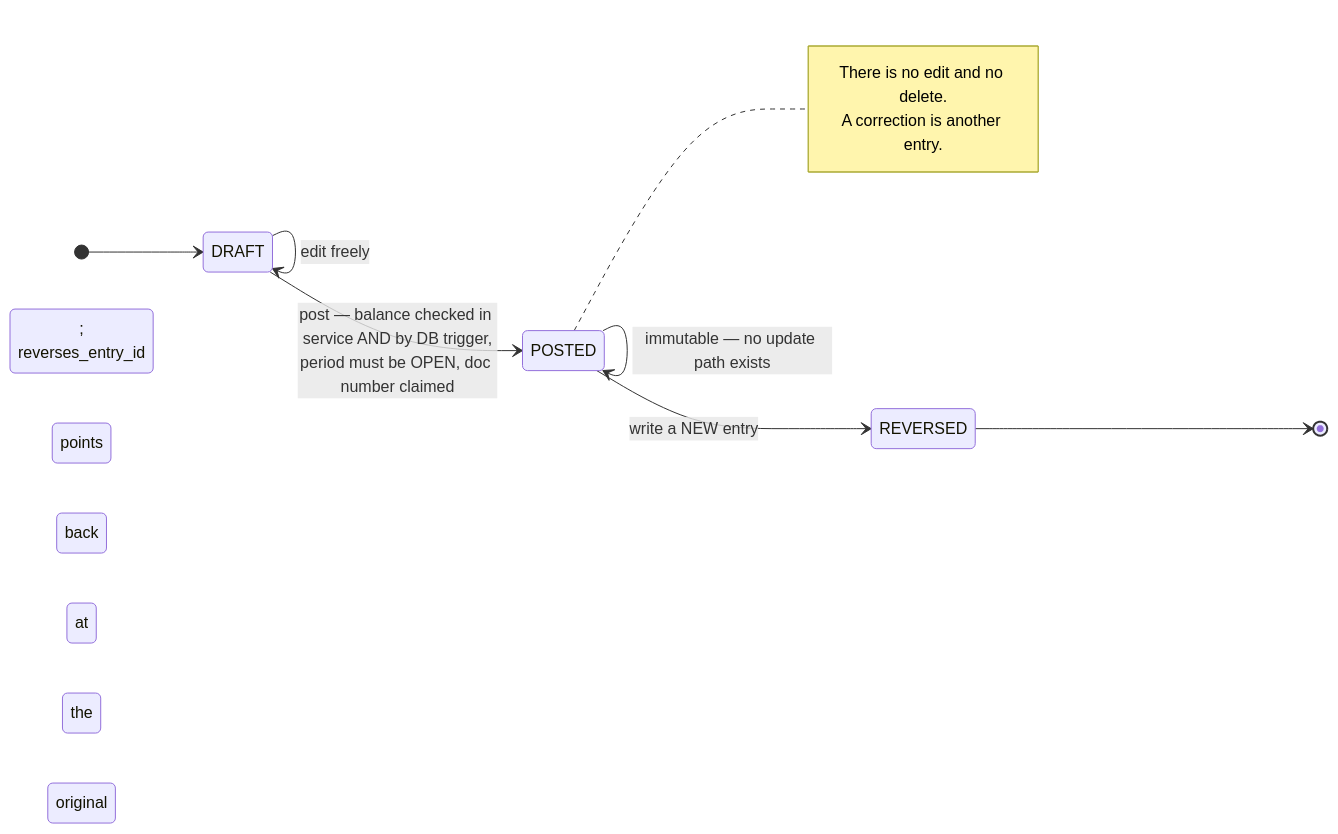
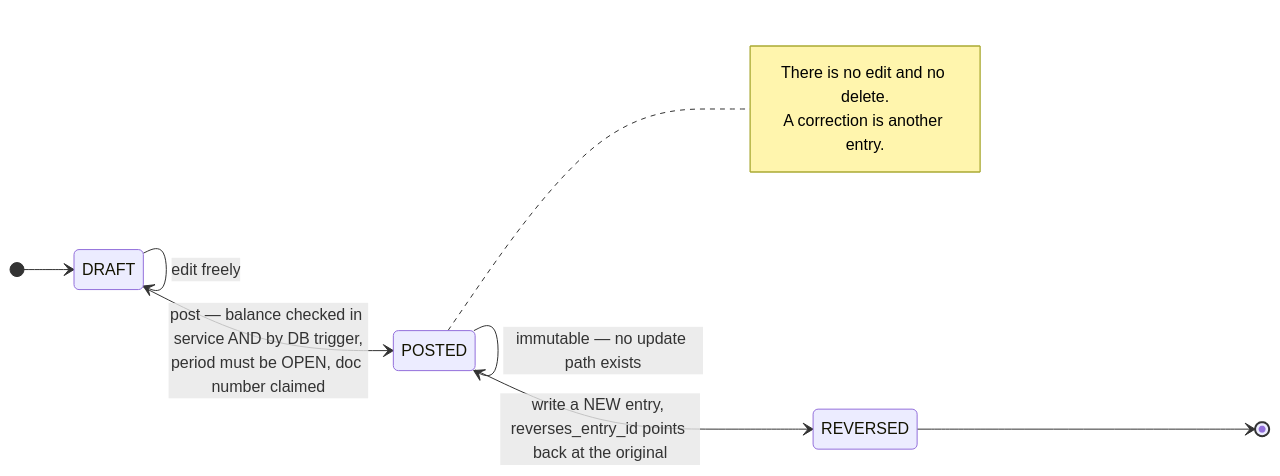
Before and after one commit to Taha-Mahmoodi/atlas-erp: the second of 3 diagrams in README.md, drawn with Mermaid.

Commit message:
fix(readme): drop the semicolon that split the journal state-machine label
Verified against the live rendered page rather than the source: the POSTED to
REVERSED transition read "write a NEW entry;<br/>reverses_entry_id points back
at the original", and mermaid's stateDiagram parser treats ";" as a statement
separator. Everything after it was parsed as new statements, so GitHub drew
three stray floating nodes -- "; reverses_entry_id", "points" and "back" --
beside the diagram instead of one transition label.

The comma-joined label parses as a single label. All three mermaid blocks now
render clean against mermaid 11 (flowchart 38 nodes, state machine 15,
erDiagram 211), checked by rendering each block standalone.

Refs #223

Claude-Session: https://claude.ai/code/session_01CHa6TsknPmJ72rkEqq6wSt

````diff
--- a/README.md
+++ b/README.md
@@ -198,14 +198,14 @@
 ```mermaid
 stateDiagram-v2
     direction LR
     [*] --> DRAFT
     DRAFT --> DRAFT: edit freely
     DRAFT --> POSTED: post — balance checked in service AND by DB trigger,<br/>period must be OPEN, doc number claimed
     POSTED --> POSTED: immutable — no update path exists
-    POSTED --> REVERSED: write a NEW entry;<br/>reverses_entry_id points back at the original
+    POSTED --> REVERSED: write a NEW entry, reverses_entry_id points back at the original
     REVERSED --> [*]
     note right of POSTED
         There is no edit and no delete.
         A correction is another entry.
     end note
 ```
````
